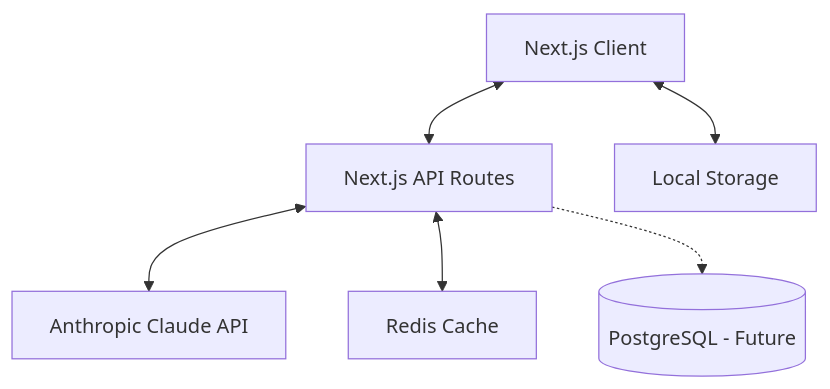
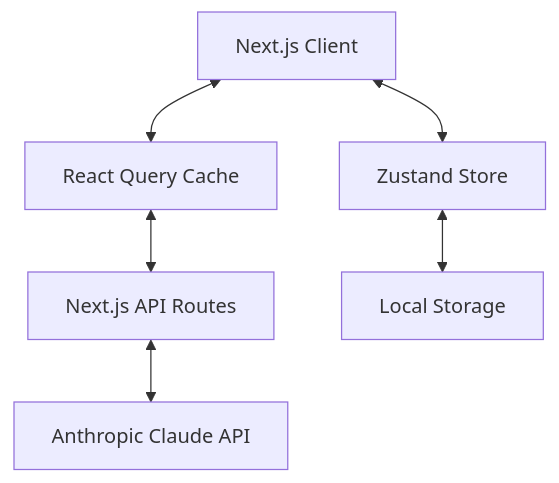
One commit to ArieGoldkin/devPrepAi changed the diagram in Docs/technical-architecture.md. Above: the diagram before and after it, drawn with Mermaid. The commit also changed other lines of this file and 7 other files, not shown here.

````diff
--- a/Docs/technical-architecture.md
+++ b/Docs/technical-architecture.md
@@ -19,15 +19,15 @@
 ```mermaid
 graph TB
     Client[Next.js Client]
+    RQ[React Query Cache]
+    Zustand[Zustand Store]
     API[Next.js API Routes]
     Claude[Anthropic Claude API]
-    Cache[Redis Cache]
     Storage[Local Storage]
-    DB[(PostgreSQL - Future)]
 
-    Client <--> API
+    Client <--> RQ
+    Client <--> Zustand
+    RQ <--> API
     API <--> Claude
-    API <--> Cache
-    Client <--> Storage
-    API -.-> DB
+    Zustand <--> Storage
 ```
````
